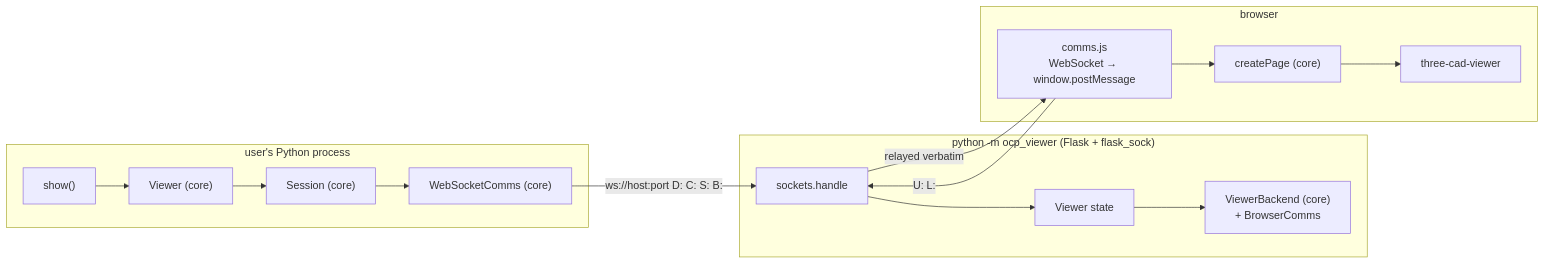
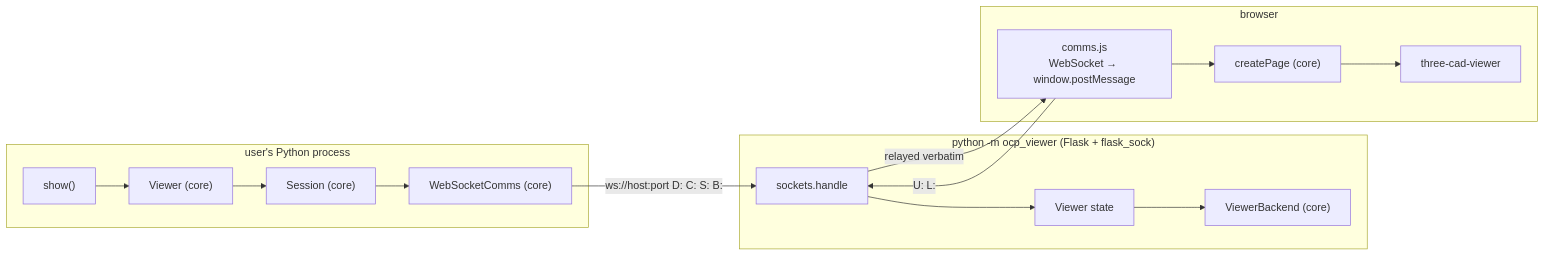
The second of 3 diagrams in Design.md (bernhard-42/ocp-viewer-core), drawn with Mermaid before and after one commit. The commit also changed other lines of this file and 3 other files, not shown here.

````diff
--- a/Design.md
+++ b/Design.md
@@ -406,16 +535,16 @@
 ```mermaid
 flowchart LR
   subgraph py["user's Python process"]
     S["show()"] --> V["Viewer (core)"] --> SE["Session (core)"] --> C["WebSocketComms (core)"]
   end
   subgraph srv["python -m ocp_viewer (Flask + flask_sock)"]
     H["sockets.handle"] --> VW["Viewer state"]
-    VW --> B["ViewerBackend (core)<br/>+ BrowserComms"]
+    VW --> B["ViewerBackend (core)"]
   end
   subgraph br["browser"]
     CJ["comms.js<br/>WebSocket → window.postMessage"] --> P["createPage (core)"] --> TCV["three-cad-viewer"]
   end
   C -- "ws://host:port  D: C: S: B:" --> H
   H -- "relayed verbatim" --> CJ
   CJ -- "U:  L:" --> H
 ```
````
